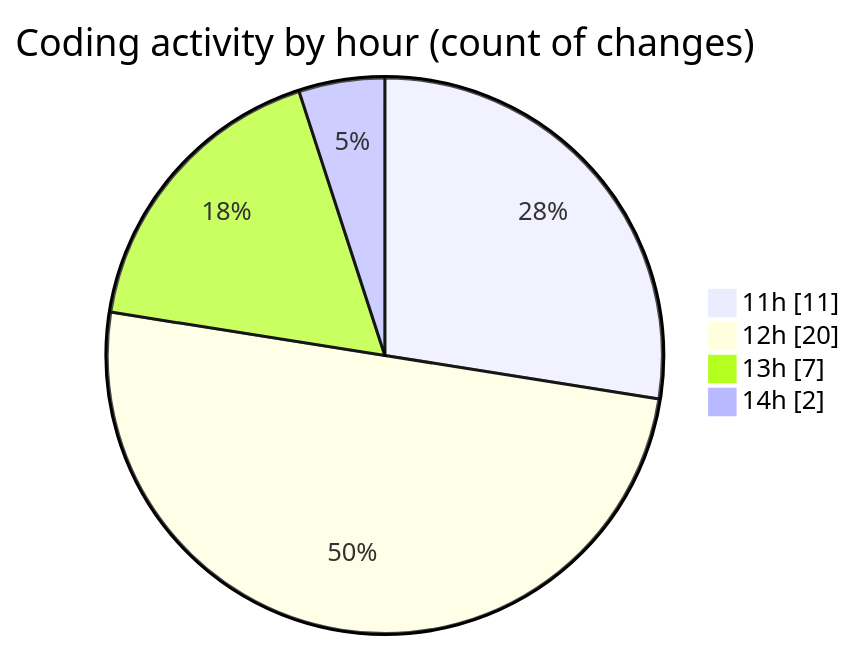
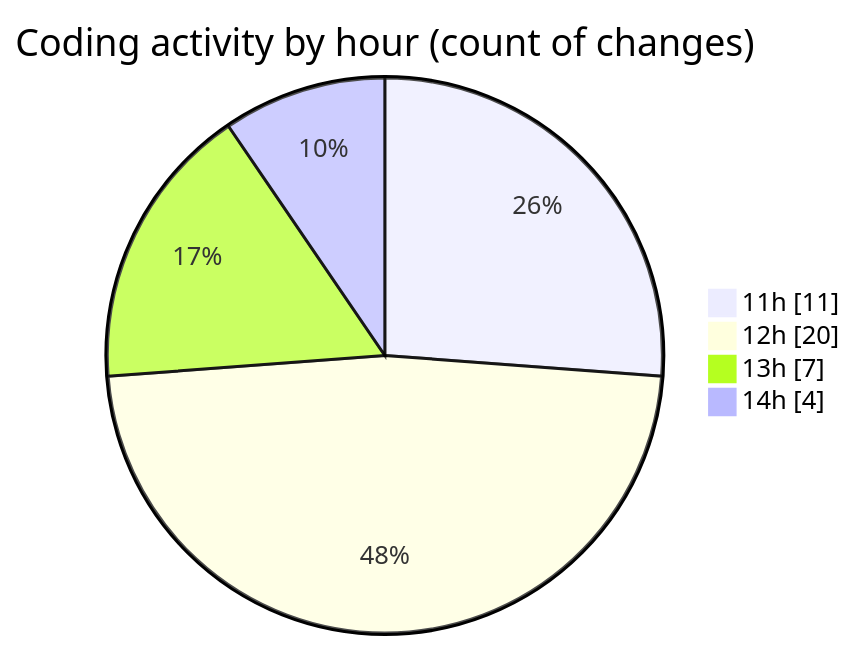
One commit to nxtqubesakshisongat/code-tracking changed the second of 2 diagrams in 2025-10-14/nxtqube_webapp/README.md. Above: the diagram before and after it, drawn with Mermaid. The commit also changed other lines of this file and 1 other file, not shown here.

````diff
--- a/2025-10-14/nxtqube_webapp/README.md
+++ b/2025-10-14/nxtqube_webapp/README.md
@@ -29,8 +29,8 @@
 ```mermaid
 pie showData
 title Coding activity by hour (count of changes)
 "11h" : 11
 "12h" : 20
 "13h" : 7
-"14h" : 2
+"14h" : 4
 ```
````
